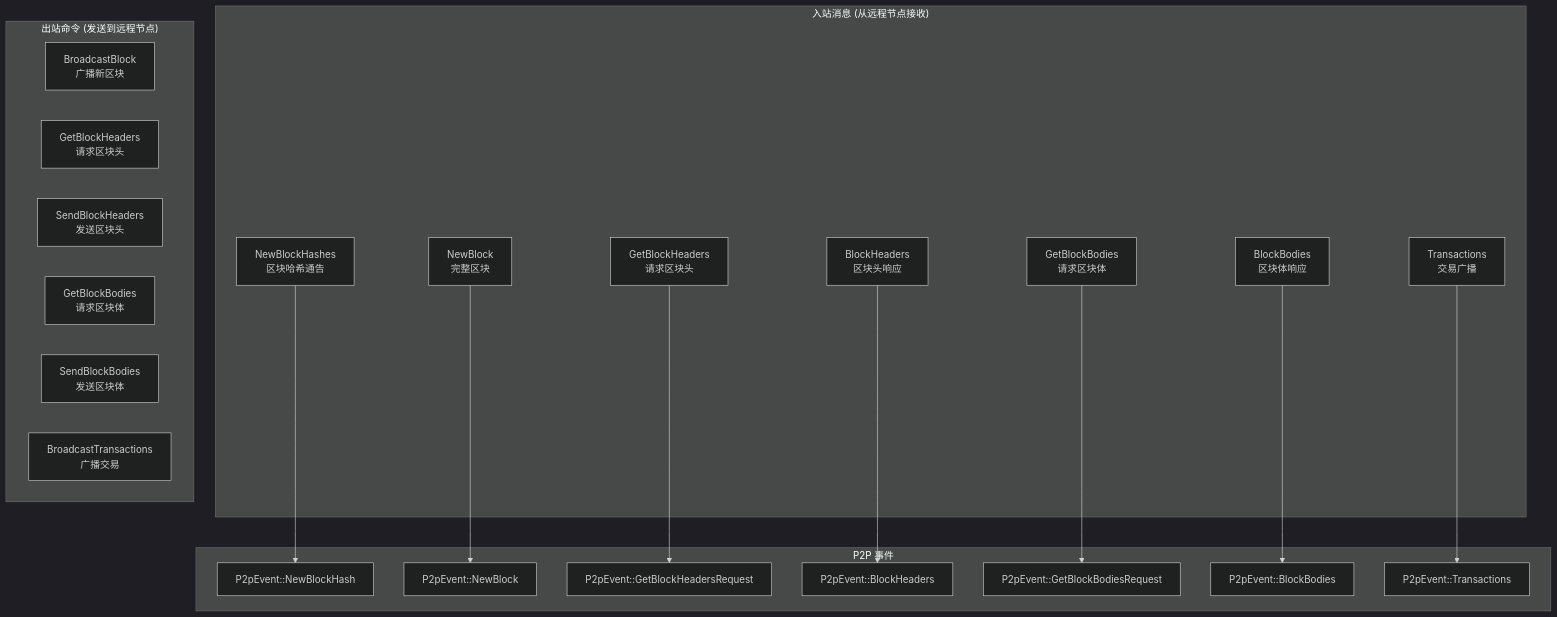
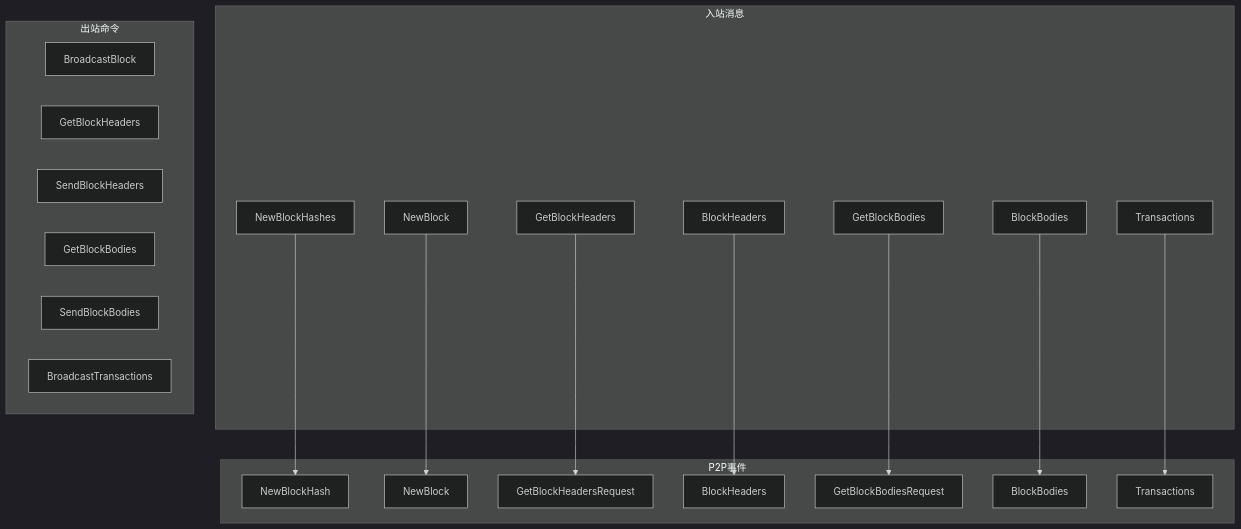
The second of 5 diagrams in notes/04-p2p-networking.md (J1a-wei/reth-demo), drawn with Mermaid (dark theme) before and after one commit. The commit also changed 4 other files, not shown here.

````diff
--- a/notes/04-p2p-networking.md
+++ b/notes/04-p2p-networking.md
@@ -89,39 +89,39 @@
 ```mermaid
 flowchart TD
-    subgraph "入站消息 (从远程节点接收)"
-        IN_NBH[NewBlockHashes<br/>区块哈希通告]
-        IN_NB[NewBlock<br/>完整区块]
-        IN_GH[GetBlockHeaders<br/>请求区块头]
-        IN_H[BlockHeaders<br/>区块头响应]
-        IN_GB[GetBlockBodies<br/>请求区块体]
-        IN_B[BlockBodies<br/>区块体响应]
-        IN_TX[Transactions<br/>交易广播]
+    subgraph 入站消息
+        IN_NBH[NewBlockHashes]
+        IN_NB[NewBlock]
+        IN_GH[GetBlockHeaders]
+        IN_H[BlockHeaders]
+        IN_GB[GetBlockBodies]
+        IN_B[BlockBodies]
+        IN_TX[Transactions]
     end
 
-    subgraph "P2P 事件"
-        E_NBH[P2pEvent::NewBlockHash]
-        E_NB[P2pEvent::NewBlock]
-        E_GHR[P2pEvent::GetBlockHeadersRequest]
-        E_H[P2pEvent::BlockHeaders]
-        E_GBR[P2pEvent::GetBlockBodiesRequest]
-        E_B[P2pEvent::BlockBodies]
-        E_TX[P2pEvent::Transactions]
+    subgraph P2P事件
+        E_NBH["NewBlockHash"]
+        E_NB["NewBlock"]
+        E_GHR["GetBlockHeadersRequest"]
+        E_H["BlockHeaders"]
+        E_GBR["GetBlockBodiesRequest"]
+        E_B["BlockBodies"]
+        E_TX["Transactions"]
     end
 
     IN_NBH --> E_NBH
     IN_NB --> E_NB
     IN_GH --> E_GHR
     IN_H --> E_H
     IN_GB --> E_GBR
     IN_B --> E_B
     IN_TX --> E_TX
 
-    subgraph "出站命令 (发送到远程节点)"
-        OUT_BB[BroadcastBlock<br/>广播新区块]
-        OUT_GH[GetBlockHeaders<br/>请求区块头]
-        OUT_SH[SendBlockHeaders<br/>发送区块头]
-        OUT_GB[GetBlockBodies<br/>请求区块体]
-        OUT_SB[SendBlockBodies<br/>发送区块体]
-        OUT_TX[BroadcastTransactions<br/>广播交易]
+    subgraph 出站命令
+        OUT_BB[BroadcastBlock]
+        OUT_GH[GetBlockHeaders]
+        OUT_SH[SendBlockHeaders]
+        OUT_GB[GetBlockBodies]
+        OUT_SB[SendBlockBodies]
+        OUT_TX[BroadcastTransactions]
     end
 ```
````
